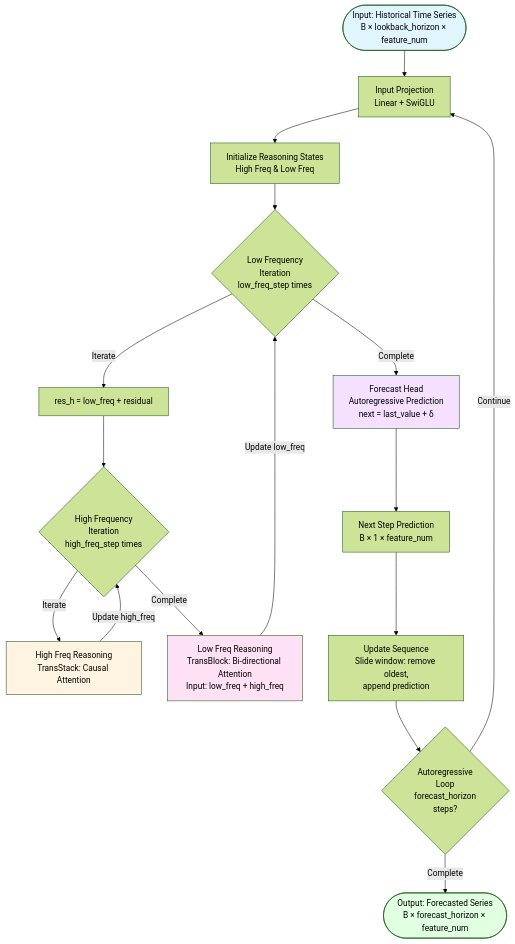
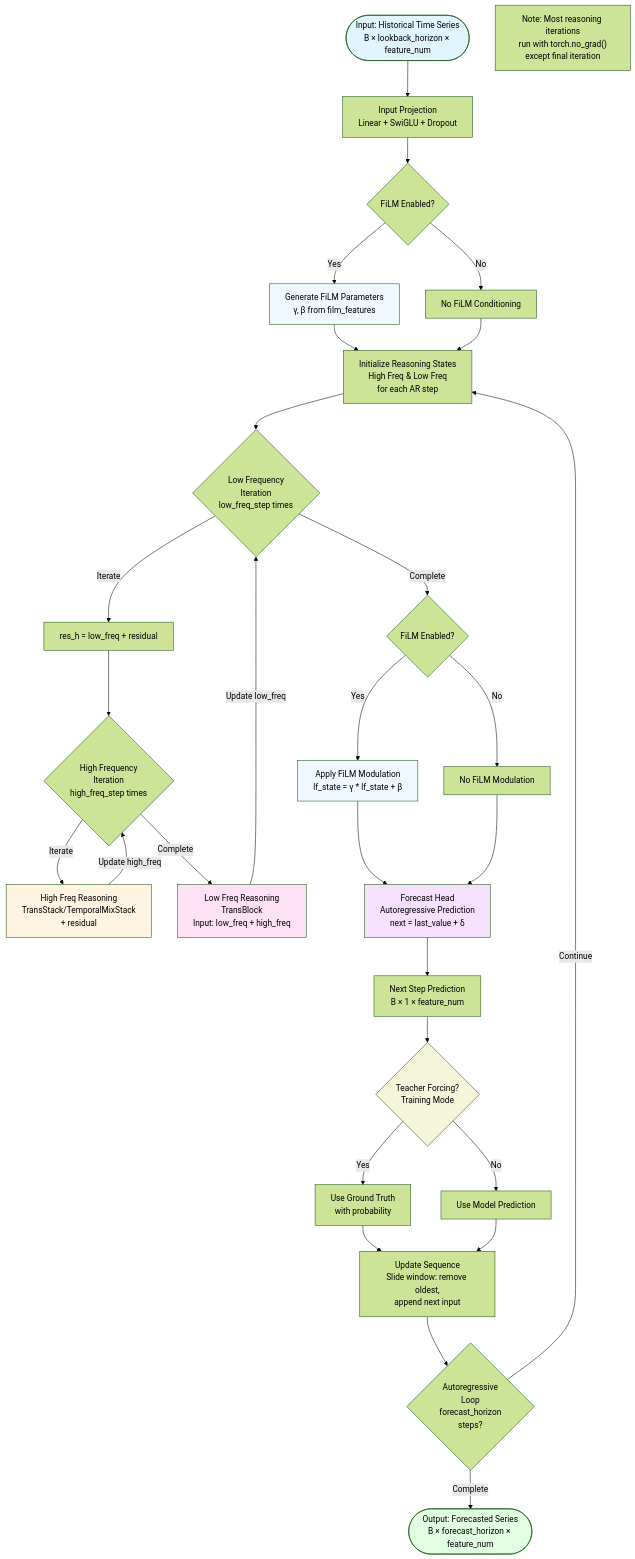
One commit to junduck/overthink changed the diagram in README.md. Above: the diagram before and after it, drawn with Mermaid (forest theme). The commit also changed other lines of this file, not shown here.

````diff
--- a/README.md
+++ b/README.md
@@ -25,36 +33,60 @@
 ```mermaid
 flowchart TD
-    Start([Input: Historical Time Series<br/>B × lookback_horizon × feature_num]) --> InputProj[Input Projection<br/>Linear + SwiGLU]
+    Start([Input: Historical Time Series<br/>B × lookback_horizon × feature_num]) --> InputProj[Input Projection<br/>Linear + SwiGLU + Dropout]
 
-    InputProj --> InitStates[Initialize Reasoning States<br/>High Freq & Low Freq]
+    InputProj --> InitFiLM{FiLM Enabled?}
+
+    InitFiLM -->|Yes| FiLMMod[Generate FiLM Parameters<br/>γ, β from film_features]
+    InitFiLM -->|No| NoFiLM[No FiLM Conditioning]
+
+    FiLMMod --> InitStates[Initialize Reasoning States<br/>High Freq & Low Freq<br/>for each AR step]
+    NoFiLM --> InitStates
 
     InitStates --> LoopStart{Low Frequency<br/>Iteration<br/>low_freq_step times}
 
     LoopStart -->|Iterate| ResH[res_h = low_freq + residual]
 
     ResH --> HFLoop{High Frequency<br/>Iteration<br/>high_freq_step times}
 
-    HFLoop -->|Iterate| HFReasoning[High Freq Reasoning<br/>TransStack: Causal Attention]
+    HFLoop -->|Iterate| HFReasoning[High Freq Reasoning<br/>TransStack/TemporalMixStack<br/>+ residual]
     HFReasoning -->|Update high_freq| HFLoop
 
-    HFLoop -->|Complete| LFReasoning[Low Freq Reasoning<br/>TransBlock: Bi-directional Attention<br/>Input: low_freq + high_freq]
+    HFLoop -->|Complete| LFReasoning[Low Freq Reasoning<br/>TransBlock<br/>Input: low_freq + high_freq]
 
     LFReasoning -->|Update low_freq| LoopStart
 
-    LoopStart -->|Complete| Forecast[Forecast Head<br/>Autoregressive Prediction<br/>next = last_value + δ]
+    LoopStart -->|Complete| ApplyFiLM{FiLM Enabled?}
+
+    ApplyFiLM -->|Yes| FiLMApply[Apply FiLM Modulation<br/>lf_state = γ * lf_state + β]
+    ApplyFiLM -->|No| NoFiLMApply[No FiLM Modulation]
+
+    FiLMApply --> Forecast[Forecast Head<br/>Autoregressive Prediction<br/>next = last_value + δ]
+    NoFiLMApply --> Forecast
 
     Forecast --> Prediction[Next Step Prediction<br/>B × 1 × feature_num]
 
-    Prediction --> UpdateSeq[Update Sequence<br/>Slide window: remove oldest,<br/>append prediction]
+    Prediction --> TeacherForce{Teacher Forcing?<br/>Training Mode}
+
+    TeacherForce -->|Yes| UseTruth[Use Ground Truth<br/>with probability]
+    TeacherForce -->|No| UsePred[Use Model Prediction]
+
+    UseTruth --> UpdateSeq[Update Sequence<br/>Slide window: remove oldest,<br/>append next input]
+    UsePred --> UpdateSeq
 
     UpdateSeq --> ARLoop{Autoregressive<br/>Loop<br/>forecast_horizon<br/>steps?}
 
-    ARLoop -->|Continue| InputProj
+    ARLoop -->|Continue| InitStates
     ARLoop -->|Complete| Output([Output: Forecasted Series<br/>B × forecast_horizon × feature_num])
+
+    %% Note about no_grad for most reasoning iterations
+    Note1["Note: Most reasoning iterations<br/>run with torch.no_grad()<br/>except final iteration"]
 
     style Start fill:#e1f5ff
     style Output fill:#e1ffe1
     style HFReasoning fill:#fff4e1
     style LFReasoning fill:#ffe1f5
     style Forecast fill:#f5e1ff
+    style FiLMMod fill:#f0f8ff
+    style FiLMApply fill:#f0f8ff
+    style TeacherForce fill:#f5f5dc
 ```
````
